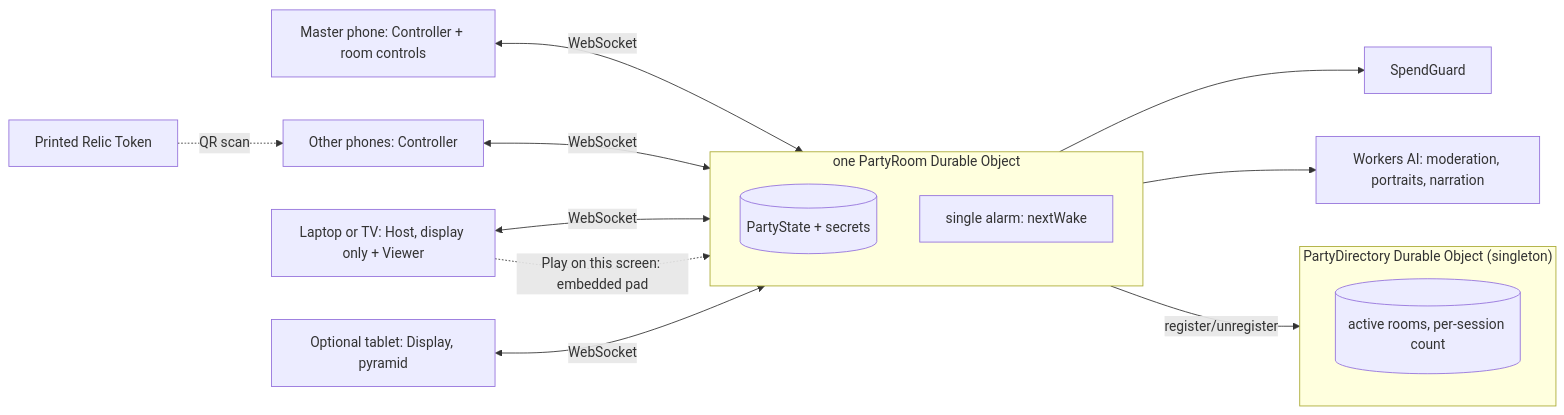
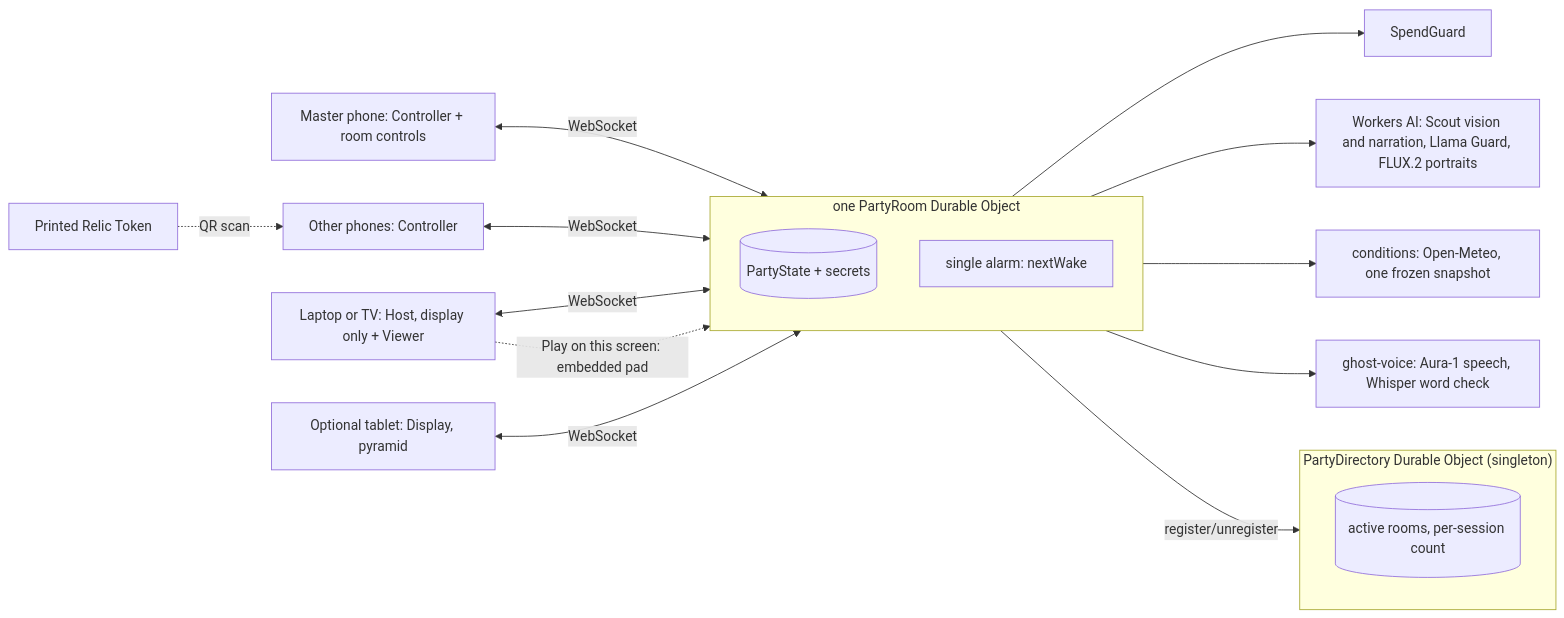
One commit to diydan/hauntology changed the first of 2 diagrams in .kiro/specs/party-mode/design.md. Above: the diagram before and after it, drawn with Mermaid. The commit also changed other lines of this file and 81 other files, not shown here.

````diff
--- a/.kiro/specs/party-mode/design.md
+++ b/.kiro/specs/party-mode/design.md
@@ -24,19 +30,21 @@
 ```mermaid
 flowchart LR
   subgraph Room["one PartyRoom Durable Object"]
     S[(PartyState + secrets)]
     C[single alarm: nextWake]
   end
   subgraph Dir["PartyDirectory Durable Object (singleton)"]
     D[(active rooms, per-session count)]
   end
   M[Master phone: Controller + room controls] <-- WebSocket --> Room
   P2[Other phones: Controller] <-- WebSocket --> Room
   H[Laptop or TV: Host, display only + Viewer] <-- WebSocket --> Room
   D2[Optional tablet: Display, pyramid] <-- WebSocket --> Room
   Room --> G[SpendGuard]
-  Room --> B[Workers AI: moderation, portraits, narration]
+  Room --> B[Workers AI: Scout vision and narration, Llama Guard, FLUX.2 portraits]
+  Room --> W[conditions: Open-Meteo, one frozen snapshot]
+  Room --> V[ghost-voice: Aura-1 speech, Whisper word check]
   Room -- register/unregister --> Dir
   T[Printed Relic Token] -. QR scan .-> P2
   H -. "Play on this screen: embedded pad" .-> Room
 ```
````
